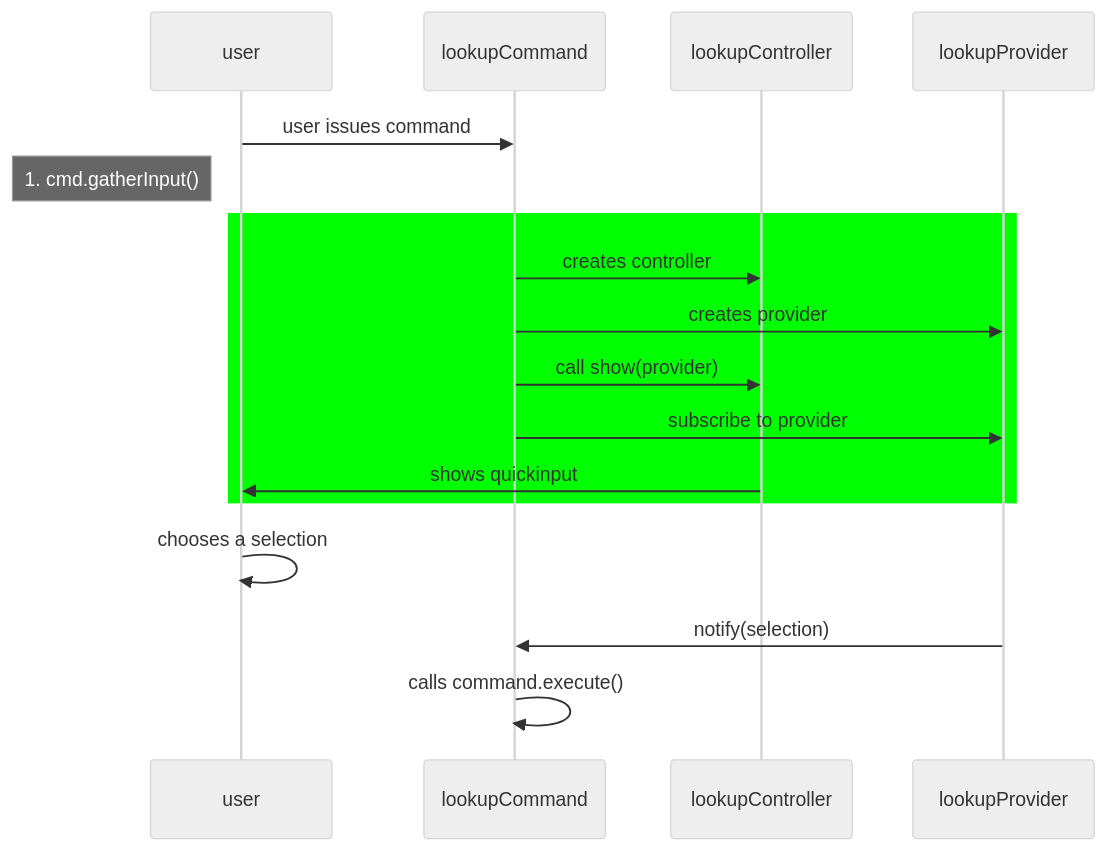
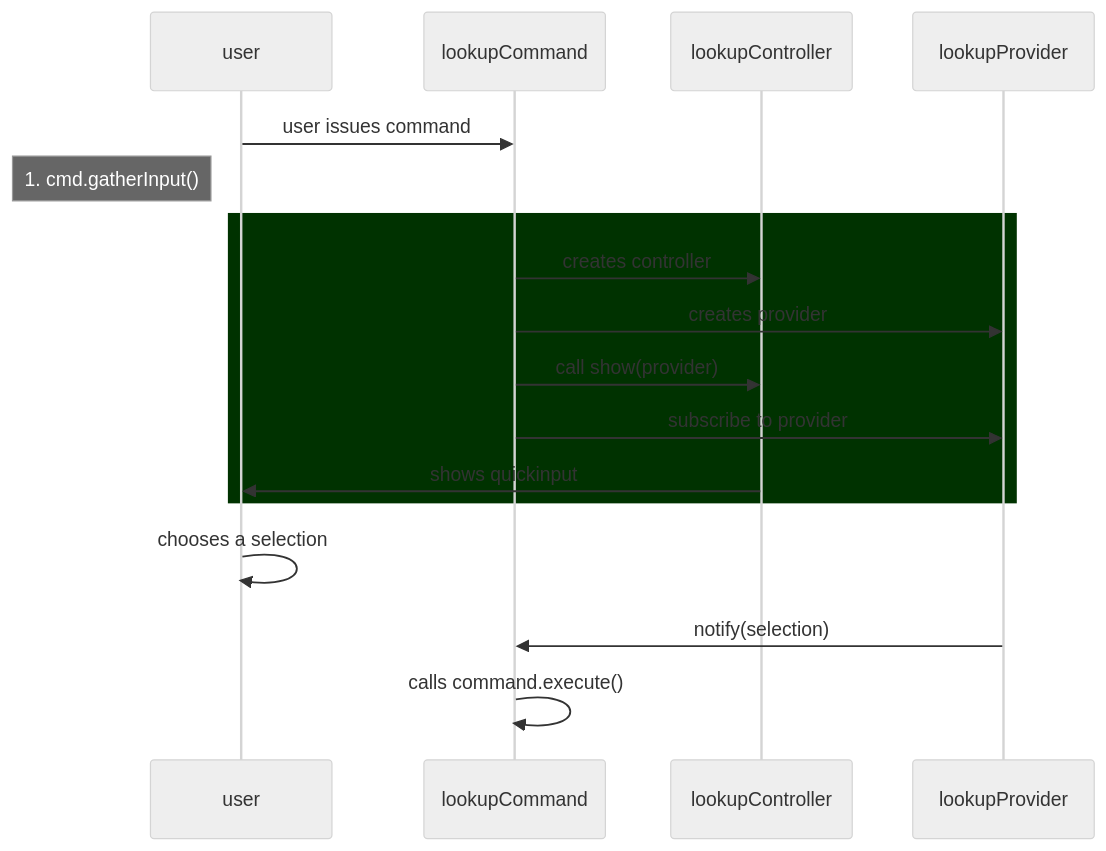
The diagram in vault/pkg.plugin-core.dev.cook.md (dendronhq/dendron-site), drawn with Mermaid (neutral theme) before and after one commit. The commit also changed other lines of this file, not shown here.

Commit message:
Update docs, change rgb from 255 to 50, 255 hurts eyes (too bright) to look at

````diff
--- a/vault/pkg.plugin-core.dev.cook.md
+++ b/vault/pkg.plugin-core.dev.cook.md
@@ -15,19 +15,19 @@
 ```mermaid
 sequenceDiagram
     participant user
     participant lookupCommand
     participant lookupController
     participant lookupProvider
     user ->> lookupCommand: user issues command
     Note left of user: 1. cmd.gatherInput()
-    rect rgb(0, 255, 0)
+    rect rgb(0, 50, 0)
       lookupCommand ->> lookupController: creates controller 
       lookupCommand ->> lookupProvider: creates provider
       lookupCommand ->> lookupController: call show(provider)
       lookupCommand ->> lookupProvider: subscribe to provider
       lookupController ->> user: shows quickinput 
     end
     user ->> user: chooses a selection
     lookupProvider ->> lookupCommand: notify(selection)
     lookupCommand ->> lookupCommand: calls command.execute()
 ```
````
